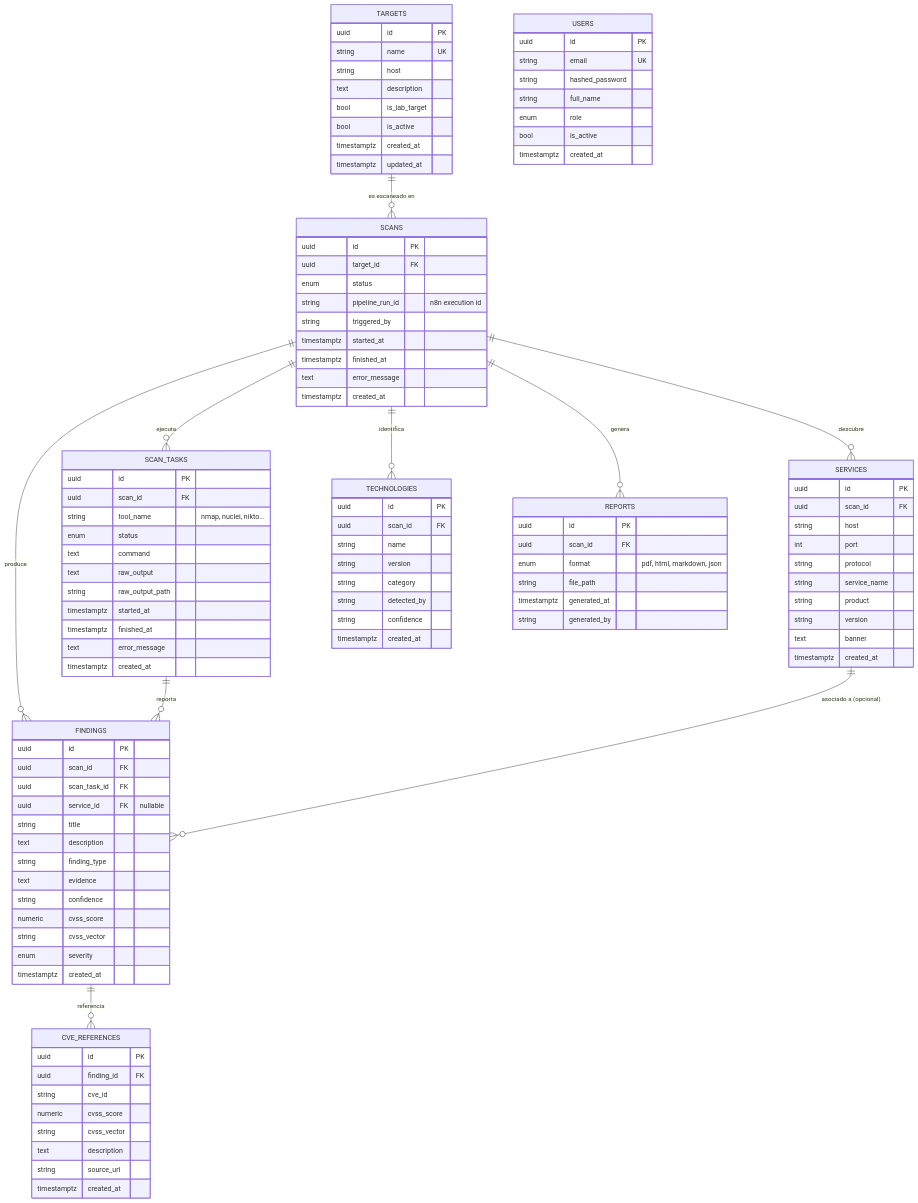
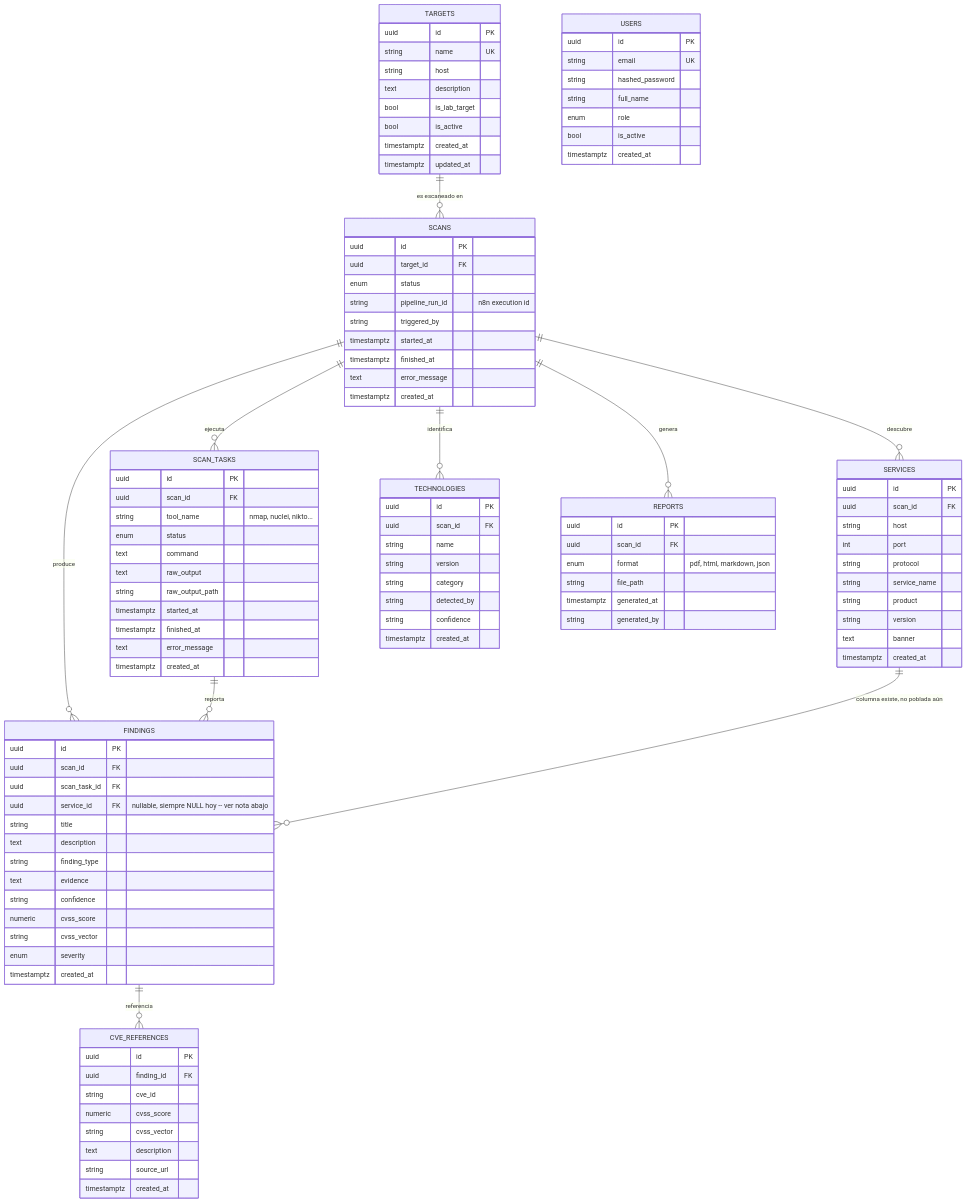
One commit to lautaroCast/Ciberseguridad_Prog2026 changed the diagram in docs/database.md. Above: the diagram before and after it, drawn with Mermaid. The commit also changed other lines of this file and 6 other files, not shown here.

```diff
--- a/docs/database.md
+++ b/docs/database.md
@@ -17,7 +17,7 @@
     SCANS ||--o{ FINDINGS : "produce"
     SCANS ||--o{ REPORTS : "genera"
     SCAN_TASKS ||--o{ FINDINGS : "reporta"
-    SERVICES ||--o{ FINDINGS : "asociado a (opcional)"
+    SERVICES ||--o{ FINDINGS : "columna existe, no poblada aún"
     FINDINGS ||--o{ CVE_REFERENCES : "referencia"
 
     TARGETS {
@@ -80,7 +80,7 @@
         uuid id PK
         uuid scan_id FK
         uuid scan_task_id FK
-        uuid service_id FK "nullable"
+        uuid service_id FK "nullable, siempre NULL hoy -- ver nota abajo"
         string title
         text description
         string finding_type
```
